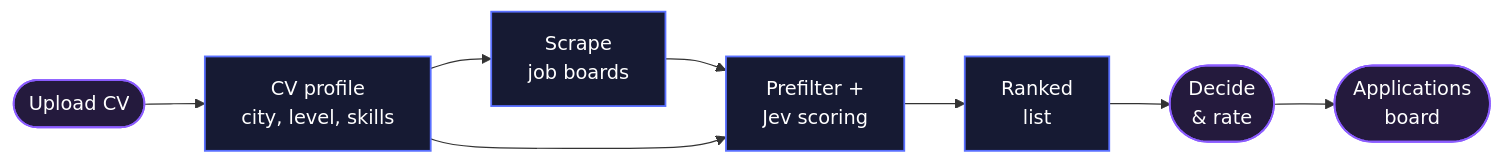
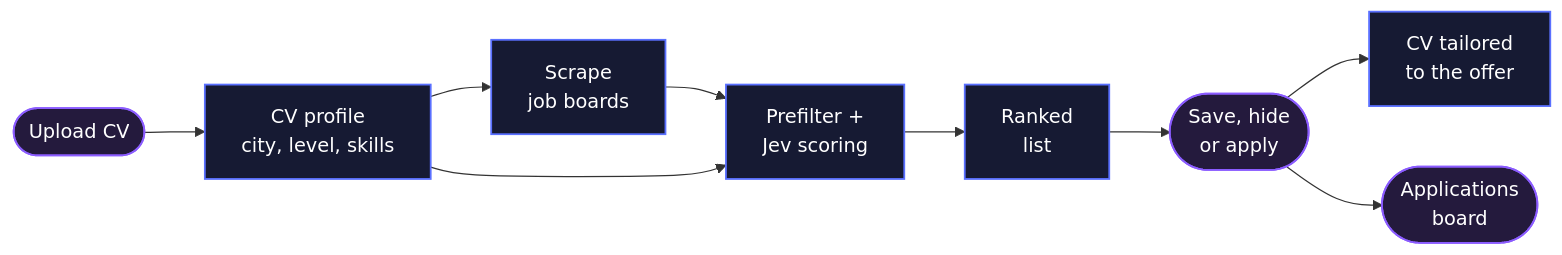
The diagram in README.md (albmoss/job-finder), drawn with Mermaid before and after one commit. The commit also changed other lines of this file and 103 other files, not shown here.

````diff
--- a/README.md
+++ b/README.md
@@ -31,15 +32,16 @@
 ```mermaid
 flowchart LR
     cv(["Upload CV"]) --> profile["CV profile<br/>city, level, skills"]
     profile --> run["Scrape<br/>job boards"]
     run --> match["Prefilter +<br/>Jev scoring"]
     profile --> match
     match --> list["Ranked<br/>list"]
-    list --> me(["Decide<br/>& rate"])
+    list --> me(["Save, hide<br/>or apply"])
+    me --> tailor["CV tailored<br/>to the offer"]
     me --> apps(["Applications<br/>board"])
 
     classDef step fill:#161a33,stroke:#5A70FF,stroke-width:1.5px,color:#ffffff
     classDef me fill:#241a3d,stroke:#8B5CFF,stroke-width:1.5px,color:#ffffff
-    class profile,run,match,list step
+    class profile,run,match,list,tailor step
     class cv,me,apps me
 ```
````
